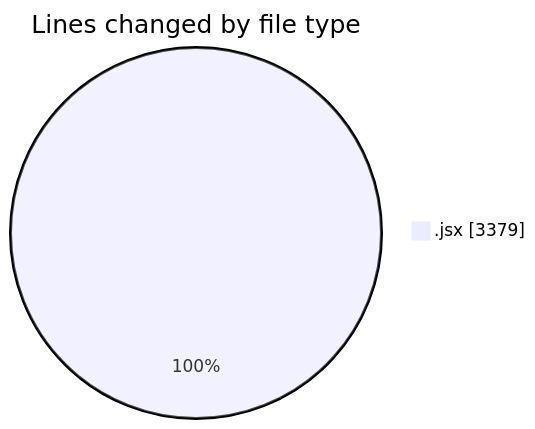
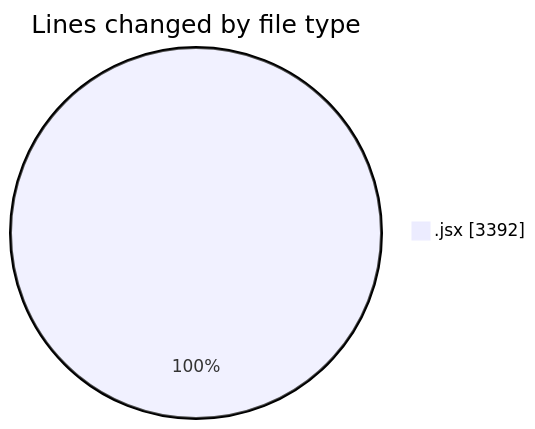
Before and after one commit to nxtqubesakshisongat/code-tracking: the first of 2 diagrams in 2025-06-16/nxtqube_webapp/README.md, drawn with Mermaid. The commit also changed other lines of this file and 1 other file, not shown here.

````diff
--- a/2025-06-16/nxtqube_webapp/README.md
+++ b/2025-06-16/nxtqube_webapp/README.md
@@ -22,5 +22,5 @@
 ```mermaid
 pie showData
 title Lines changed by file type
-".jsx" : 3379
+".jsx" : 3392
 ```
````
